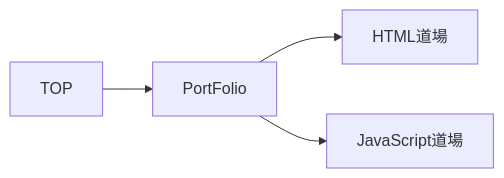
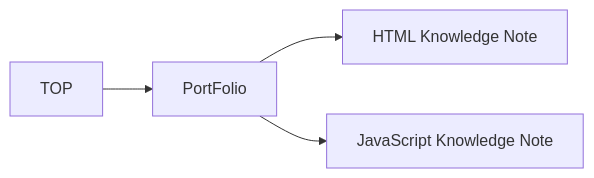
The diagram in README.md (portfoliobysk/portfoliobysk.github.io), drawn with Mermaid before and after one commit. The commit also changed other lines of this file and 4 other files, not shown here.

````diff
--- a/README.md
+++ b/README.md
@@ -23,6 +48,6 @@
 ```mermaid
 graph LR
     A[TOP] --> B[PortFolio];
-    B --> C[HTML道場];
-    B --> D[JavaScript道場];
+    B --> C[HTML Knowledge Note];
+    B --> D[JavaScript Knowledge Note];
 ```
````
